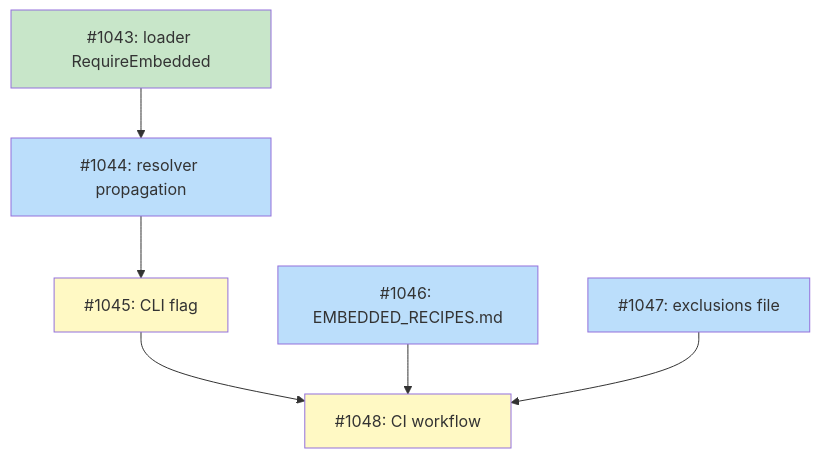
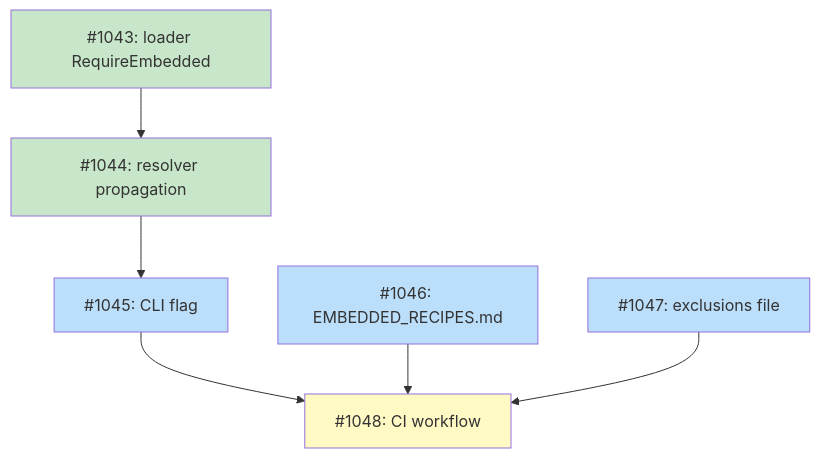
The diagram in docs/designs/DESIGN-embedded-recipe-list.md (tsukumogami/tsuku), drawn with Mermaid before and after one commit. The commit also changed 4 other files, not shown here.

````diff
--- a/docs/designs/DESIGN-embedded-recipe-list.md
+++ b/docs/designs/DESIGN-embedded-recipe-list.md
@@ -25,23 +25,23 @@
 ```mermaid
 graph TD
     1043["#1043: loader RequireEmbedded"]
     1044["#1044: resolver propagation"]
     1045["#1045: CLI flag"]
     1046["#1046: EMBEDDED_RECIPES.md"]
     1047["#1047: exclusions file"]
     1048["#1048: CI workflow"]
 
     1043 --> 1044
     1044 --> 1045
     1045 --> 1048
     1046 --> 1048
     1047 --> 1048
 
     classDef done fill:#c8e6c9
     classDef ready fill:#bbdefb
     classDef blocked fill:#fff9c4
 
-    class 1043 done
-    class 1044,1046,1047 ready
-    class 1045,1048 blocked
+    class 1043,1044 done
+    class 1045,1046,1047 ready
+    class 1048 blocked
 ```
````
